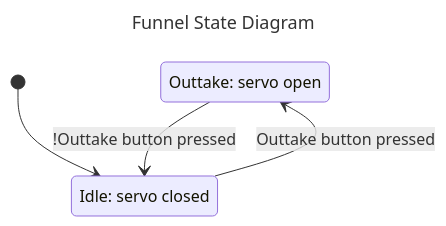
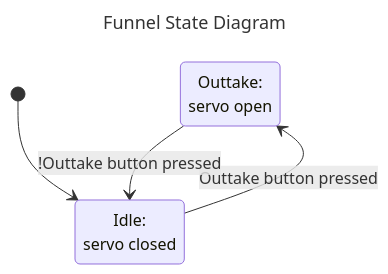
One commit to Tino-FRC-2473/FRC2025 changed the diagram in doc/FunnelFSM.md. Above: the diagram before and after it, drawn with Mermaid. The commit also changed 87 other files, not shown here.

````diff
--- a/doc/FunnelFSM.md
+++ b/doc/FunnelFSM.md
@@ -3,12 +3,12 @@
 ```mermaid
 ---
 title: Funnel State Diagram
 ---
 stateDiagram-v2
-  state "Outtake: servo open" as OUTTAKE
-  state "Idle: servo closed" as IDLE
+  state "Outtake: <p> servo open" as OUTTAKE
+  state "Idle: <p> servo closed" as IDLE
 
   [*] --> IDLE
   IDLE --> OUTTAKE: Outtake button pressed
   OUTTAKE --> IDLE: !Outtake button pressed
 ```
````
